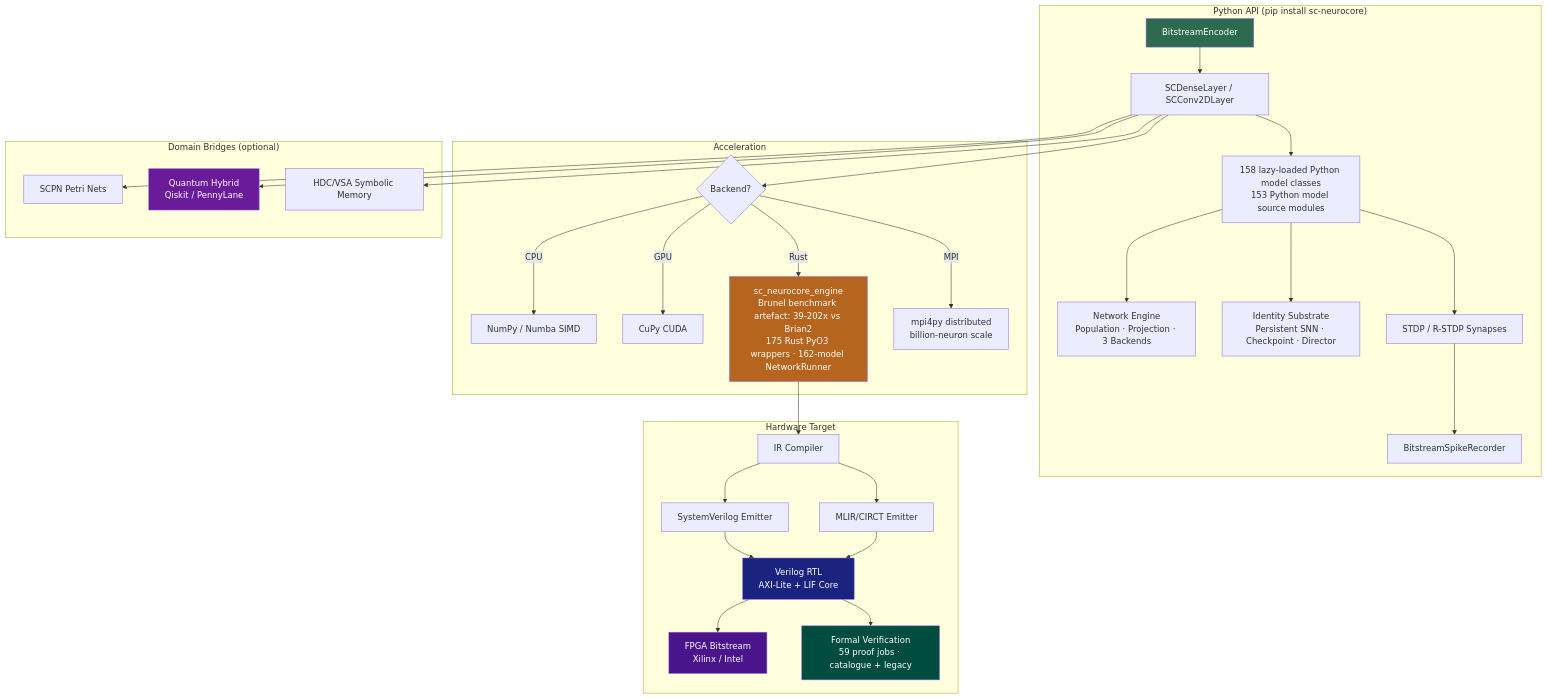
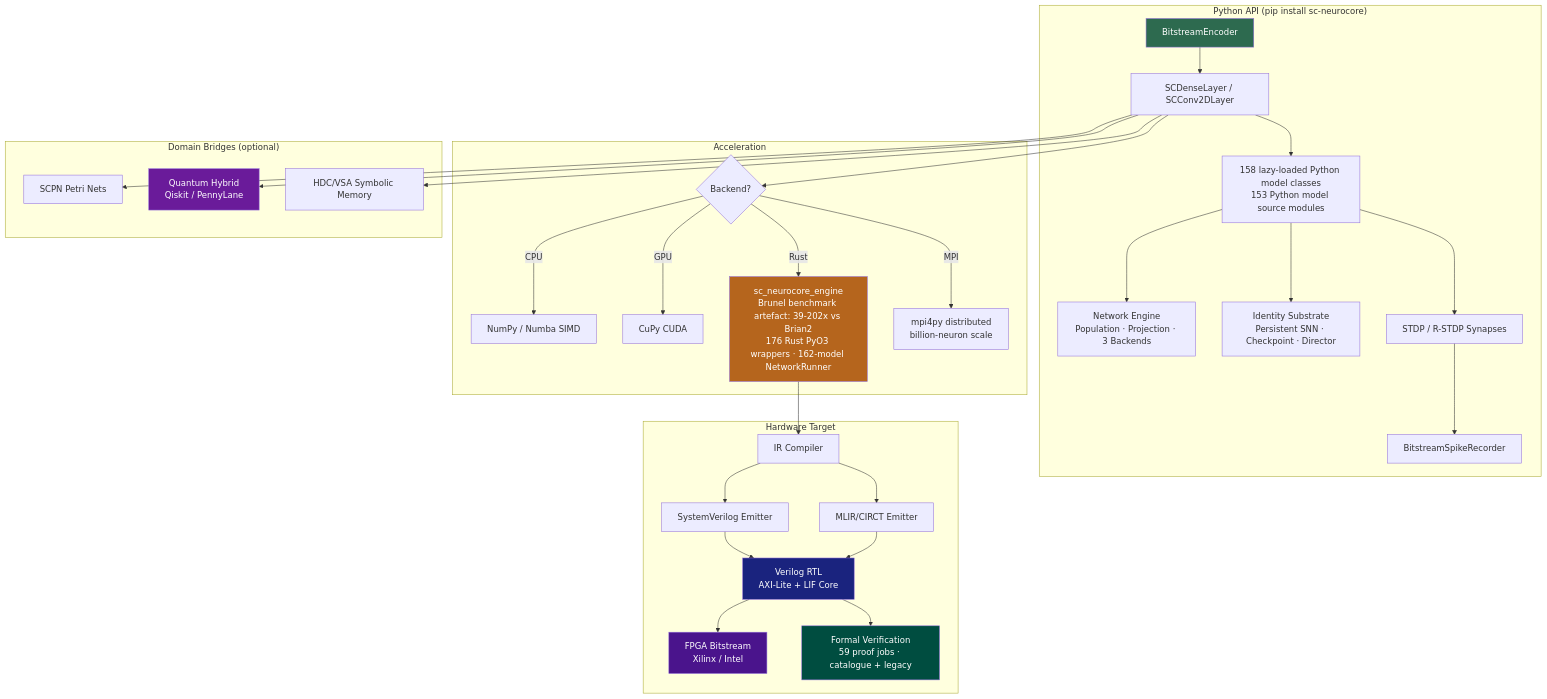
The diagram in README.md (anulum/sc-neurocore), drawn with Mermaid before and after one commit. The commit also changed other lines of this file and 29 other files, not shown here.

````diff
--- a/README.md
+++ b/README.md
@@ -365,42 +365,42 @@
 ```mermaid
 graph TD
     subgraph "Python API (pip install sc-neurocore)"
         A[BitstreamEncoder] --> B[SCDenseLayer / SCConv2DLayer]
         B --> C[158 lazy-loaded Python model classes<br/>153 Python model source modules]
         C --> NET[Network Engine<br/>Population · Projection · 3 Backends]
         C --> ID[Identity Substrate<br/>Persistent SNN · Checkpoint · Director]
         C --> D[STDP / R-STDP Synapses]
         D --> E[BitstreamSpikeRecorder]
     end
 
     subgraph "Acceleration"
         B --> F{Backend?}
         F -->|CPU| G[NumPy / Numba SIMD]
         F -->|GPU| H[CuPy CUDA]
-        F -->|Rust| I[sc_neurocore_engine<br/>Brunel benchmark artefact: 39-202x vs Brian2<br/>175 Rust PyO3 wrappers · 162-model NetworkRunner]
+        F -->|Rust| I[sc_neurocore_engine<br/>Brunel benchmark artefact: 39-202x vs Brian2<br/>176 Rust PyO3 wrappers · 162-model NetworkRunner]
         F -->|MPI| MPI[mpi4py distributed<br/>billion-neuron scale]
     end
 
     subgraph "Hardware Target"
         I --> J[IR Compiler]
         J --> K[SystemVerilog Emitter]
         J --> K2[MLIR/CIRCT Emitter]
         K --> L[Verilog RTL<br/>AXI-Lite + LIF Core]
         K2 --> L
         L --> M[FPGA Bitstream<br/>Xilinx / Intel]
         L --> V[Formal Verification<br/>59 proof jobs · catalogue + legacy]
     end
 
     subgraph "Domain Bridges (optional)"
         B --> N[SCPN Petri Nets]
         B --> O[Quantum Hybrid<br/>Qiskit / PennyLane]
         B --> P[HDC/VSA Symbolic Memory]
     end
 
     style A fill:#2d6a4f,color:#fff
     style I fill:#b5651d,color:#fff
     style L fill:#1a237e,color:#fff
     style M fill:#4a148c,color:#fff
     style O fill:#6a1b9a,color:#fff
     style V fill:#004d40,color:#fff
 ```
````
